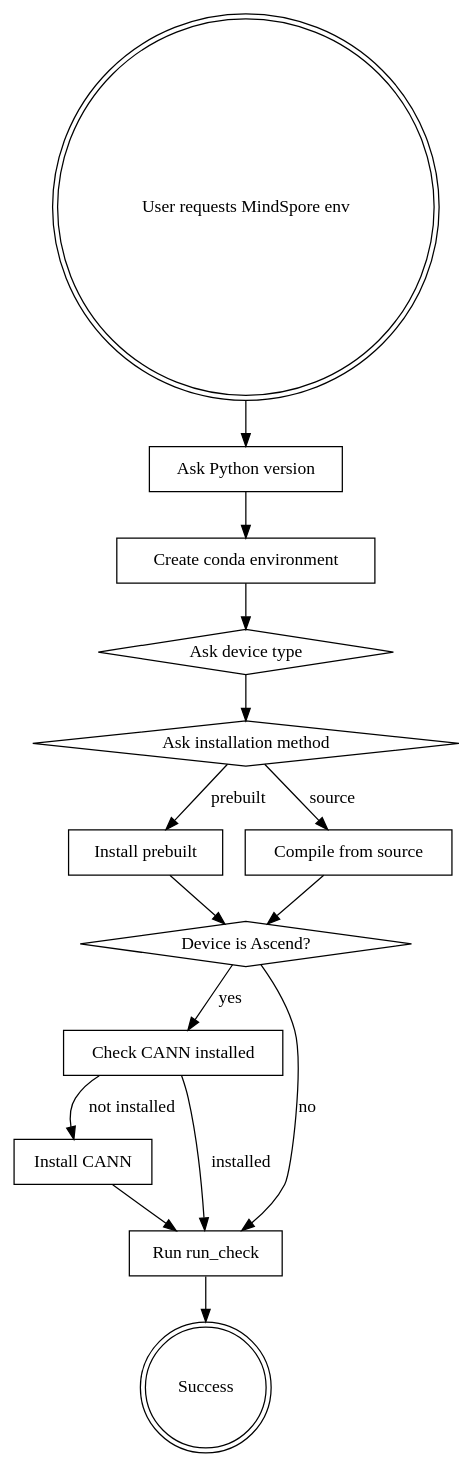
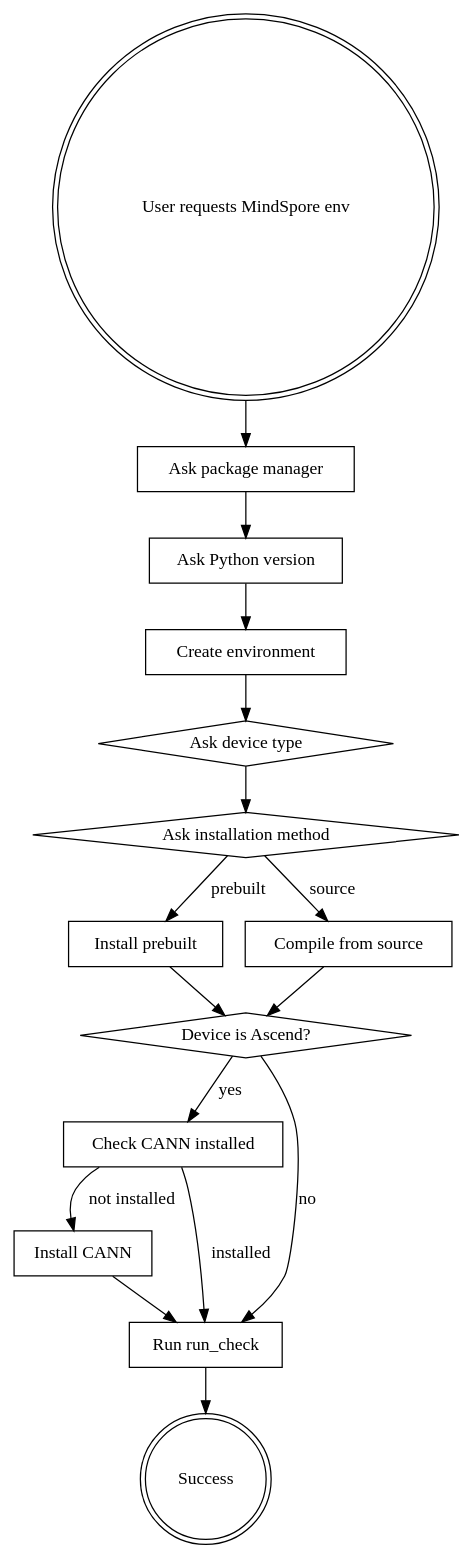
One commit to haochen-shen/mindspore-skills changed the diagram in skills/env-deploy/SKILL.md. Above: the diagram before and after it, drawn with Graphviz. The commit also changed other lines of this file and 1 other file, not shown here.

First line of the commit message:
Upgrade env-deploy skill with insights from env-deploy-old

````diff
--- a/skills/env-deploy/SKILL.md
+++ b/skills/env-deploy/SKILL.md
@@ -66,31 +74,33 @@
 ```dot
 digraph env_deploy {
     "User requests MindSpore env" [shape=doublecircle];
+    "Ask package manager" [shape=box];
     "Ask Python version" [shape=box];
-    "Create conda environment" [shape=box];
+    "Create environment" [shape=box];
     "Ask device type" [shape=diamond];
     "Ask installation method" [shape=diamond];
     "Install prebuilt" [shape=box];
     "Compile from source" [shape=box];
     "Device is Ascend?" [shape=diamond];
     "Check CANN installed" [shape=box];
     "Install CANN" [shape=box];
     "Run run_check" [shape=box];
     "Success" [shape=doublecircle];
 
-    "User requests MindSpore env" -> "Ask Python version";
-    "Ask Python version" -> "Create conda environment";
-    "Create conda environment" -> "Ask device type";
+    "User requests MindSpore env" -> "Ask package manager";
+    "Ask package manager" -> "Ask Python version";
+    "Ask Python version" -> "Create environment";
+    "Create environment" -> "Ask device type";
     "Ask device type" -> "Ask installation method";
     "Ask installation method" -> "Install prebuilt" [label="prebuilt"];
     "Ask installation method" -> "Compile from source" [label="source"];
     "Install prebuilt" -> "Device is Ascend?";
     "Compile from source" -> "Device is Ascend?";
     "Device is Ascend?" -> "Check CANN installed" [label="yes"];
     "Device is Ascend?" -> "Run run_check" [label="no"];
     "Check CANN installed" -> "Install CANN" [label="not installed"];
     "Check CANN installed" -> "Run run_check" [label="installed"];
     "Install CANN" -> "Run run_check";
     "Run run_check" -> "Success";
 }
 ```
````
